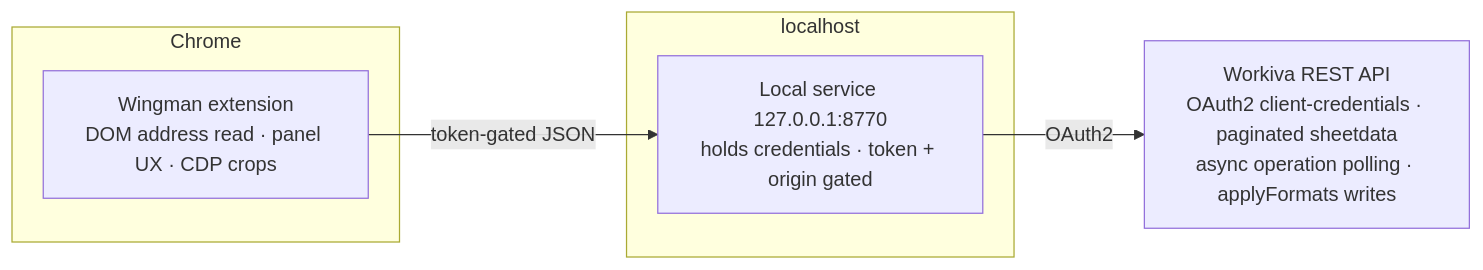
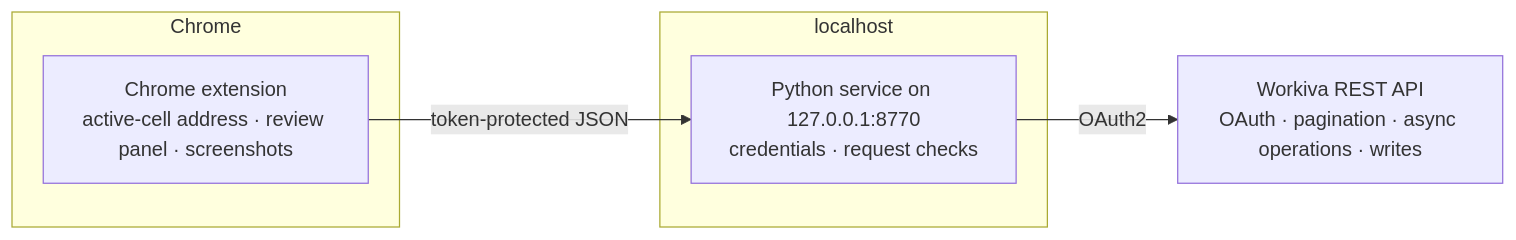
Before and after one commit to dbett4/wingman: the diagram in README.md, drawn with Mermaid. The commit also changed other lines of this file and 17 other files, not shown here.

````diff
--- a/README.md
+++ b/README.md
@@ -31,13 +31,13 @@
 ```mermaid
 flowchart LR
     subgraph Chrome
-        E[Wingman extension<br/>DOM address read · panel UX · CDP crops]
+        E[Chrome extension<br/>active-cell address · review panel · screenshots]
     end
     subgraph localhost
-        S[Local service 127.0.0.1:8770<br/>holds credentials · token + origin gated]
+        S[Python service on 127.0.0.1:8770<br/>credentials · request checks]
     end
-    W[Workiva REST API<br/>OAuth2 client-credentials · paginated sheetdata<br/>async operation polling · applyFormats writes]
+    W[Workiva REST API<br/>OAuth · pagination · async operations · writes]
 
-    E -->|token-gated JSON| S
+    E -->|token-protected JSON| S
     S -->|OAuth2| W
 ```
````
